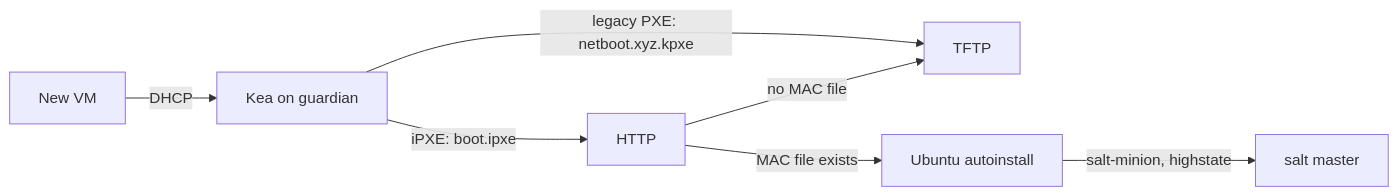
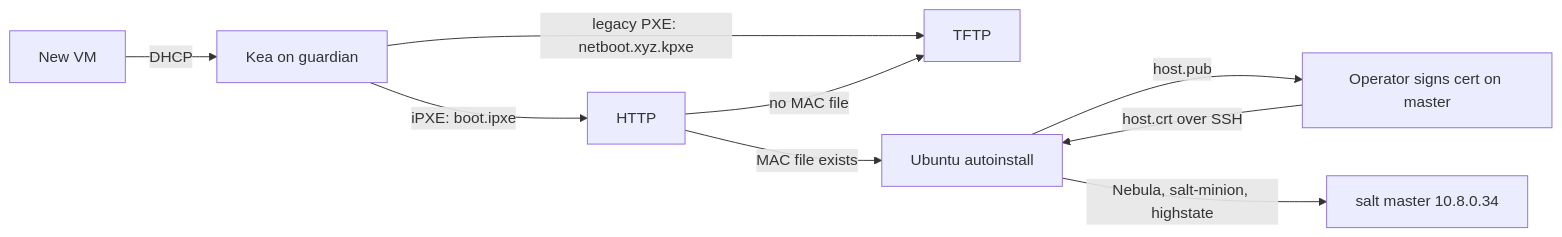
Before and after one commit to freifunkMUC/ffmuc-salt-public: the diagram in dhcp-server/README.md, drawn with Mermaid. The commit also changed other lines of this file and 5 other files, not shown here.

Commit message:
dhcp-server: Nebula bootstrap in the guardian install, master over Nebula

````diff
--- a/dhcp-server/README.md
+++ b/dhcp-server/README.md
@@ -111,9 +113,11 @@
 ```mermaid
 flowchart LR
   VM[New VM] -- DHCP --> K[Kea on guardian]
   K -- legacy PXE: netboot.xyz.kpxe --> T[TFTP]
   K -- iPXE: boot.ipxe --> H[HTTP]
   H -- MAC file exists --> I[Ubuntu autoinstall]
   H -- no MAC file --> T
-  I -- salt-minion, highstate --> M[salt master]
+  I -- host.pub --> O[Operator signs cert on master]
+  O -- host.crt over SSH --> I
+  I -- Nebula, salt-minion, highstate --> M[salt master 10.8.0.34]
 ```
````
